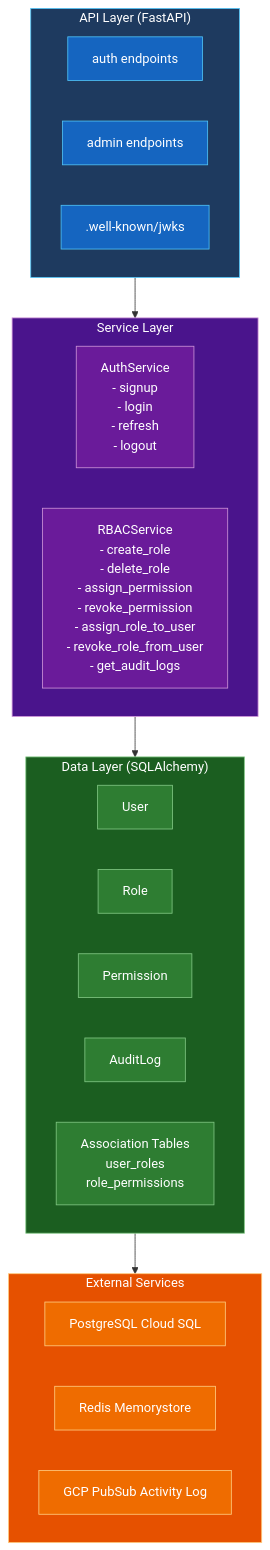
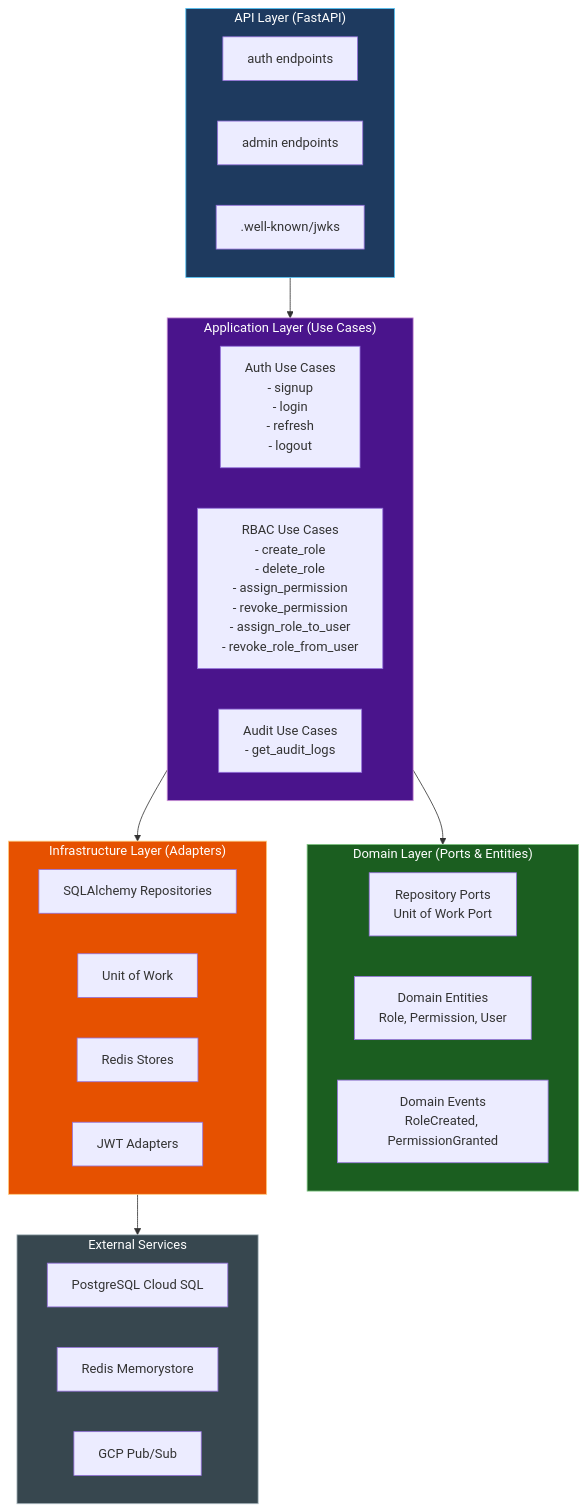
Before and after one commit to anaswaleedtahir/kosmos-ecommerce: the first of 6 diagrams in docs/01-system-architecture.md, drawn with Mermaid. The commit also changed other lines of this file and 1 other file, not shown here.

Commit message:
docs: update system architecture and data model documentation for hexagonal refactor

````diff
--- a/docs/01-system-architecture.md
+++ b/docs/01-system-architecture.md
@@ -7,53 +12,49 @@
 ```mermaid
 flowchart TB
     subgraph API["API Layer (FastAPI)"]
         direction LR
         AUTH[auth endpoints]
         ADMIN[admin endpoints]
         JWKS[.well-known/jwks]
     end
 
-    subgraph SVC["Service Layer"]
+    subgraph APP["Application Layer (Use Cases)"]
         direction LR
-        AUTHSVC[AuthService<br/>- signup<br/>- login<br/>- refresh<br/>- logout]
-        RBACSVC[RBACService<br/>- create_role<br/>- delete_role<br/>- assign_permission<br/>- revoke_permission<br/>- assign_role_to_user<br/>- revoke_role_from_user<br/>- get_audit_logs]
+        AUTHUC[Auth Use Cases<br/>- signup<br/>- login<br/>- refresh<br/>- logout]
+        RBACUC[RBAC Use Cases<br/>- create_role<br/>- delete_role<br/>- assign_permission<br/>- revoke_permission<br/>- assign_role_to_user<br/>- revoke_role_from_user]
+        AUDITUC[Audit Use Cases<br/>- get_audit_logs]
     end
 
-    subgraph DATA["Data Layer (SQLAlchemy)"]
+    subgraph DOM["Domain Layer (Ports & Entities)"]
         direction LR
-        USER[User]
-        ROLE[Role]
-        PERM[Permission]
-        AUDIT[AuditLog]
-        ASSOC[Association Tables<br/>user_roles<br/>role_permissions]
+        PORTS[Repository Ports<br/>Unit of Work Port]
+        ENT[Domain Entities<br/>Role, Permission, User]
+        EVT[Domain Events<br/>RoleCreated, PermissionGranted]
+    end
+
+    subgraph INFRA["Infrastructure Layer (Adapters)"]
+        direction LR
+        REPOS[SQLAlchemy Repositories]
+        UOW[Unit of Work]
+        REDIS[Redis Stores]
+        JWT[JWT Adapters]
     end
 
     subgraph EXT["External Services"]
         direction LR
         PG[PostgreSQL Cloud SQL]
-        REDIS[Redis Memorystore]
-        PUBSUB[GCP PubSub Activity Log]
+        REDIS_SVC[Redis Memorystore]
+        PUBSUB[GCP Pub/Sub]
     end
 
-    API --> SVC
-    SVC --> DATA
-    DATA --> EXT
+    API --> APP
+    APP --> DOM
+    APP --> INFRA
+    INFRA --> EXT
 
     style API fill:#1e3a5f,stroke:#4fc3f7,color:#ffffff
-    style SVC fill:#4a148c,stroke:#ce93d8,color:#ffffff
-    style DATA fill:#1b5e20,stroke:#81c784,color:#ffffff
-    style EXT fill:#e65100,stroke:#ffcc80,color:#ffffff
-    style AUTH fill:#1565c0,stroke:#4fc3f7,color:#ffffff
-    style ADMIN fill:#1565c0,stroke:#4fc3f7,color:#ffffff
-    style JWKS fill:#1565c0,stroke:#4fc3f7,color:#ffffff
-    style AUTHSVC fill:#6a1b9a,stroke:#ce93d8,color:#ffffff
-    style RBACSVC fill:#6a1b9a,stroke:#ce93d8,color:#ffffff
-    style USER fill:#2e7d32,stroke:#81c784,color:#ffffff
-    style ROLE fill:#2e7d32,stroke:#81c784,color:#ffffff
-    style PERM fill:#2e7d32,stroke:#81c784,color:#ffffff
-    style AUDIT fill:#2e7d32,stroke:#81c784,color:#ffffff
-    style ASSOC fill:#2e7d32,stroke:#81c784,color:#ffffff
-    style PG fill:#ef6c00,stroke:#ffcc80,color:#ffffff
-    style REDIS fill:#ef6c00,stroke:#ffcc80,color:#ffffff
-    style PUBSUB fill:#ef6c00,stroke:#ffcc80,color:#ffffff
+    style APP fill:#4a148c,stroke:#ce93d8,color:#ffffff
+    style DOM fill:#1b5e20,stroke:#81c784,color:#ffffff
+    style INFRA fill:#e65100,stroke:#ffcc80,color:#ffffff
+    style EXT fill:#37474f,stroke:#b0bec5,color:#ffffff
 ```
````
